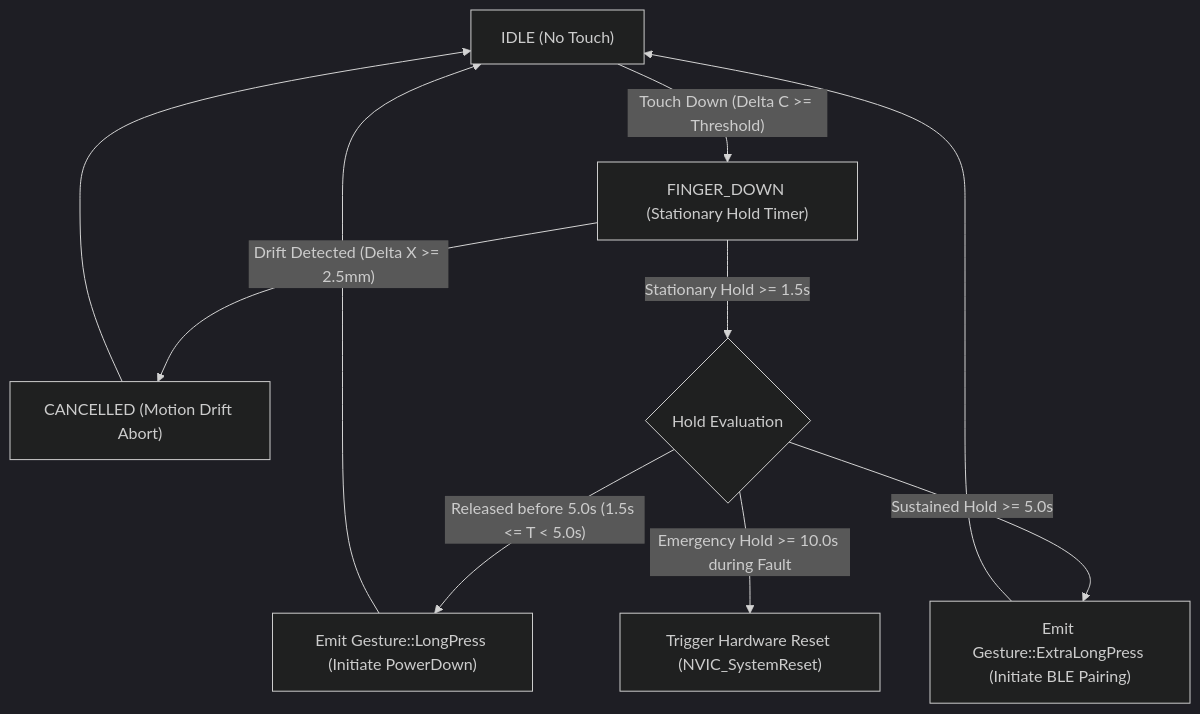
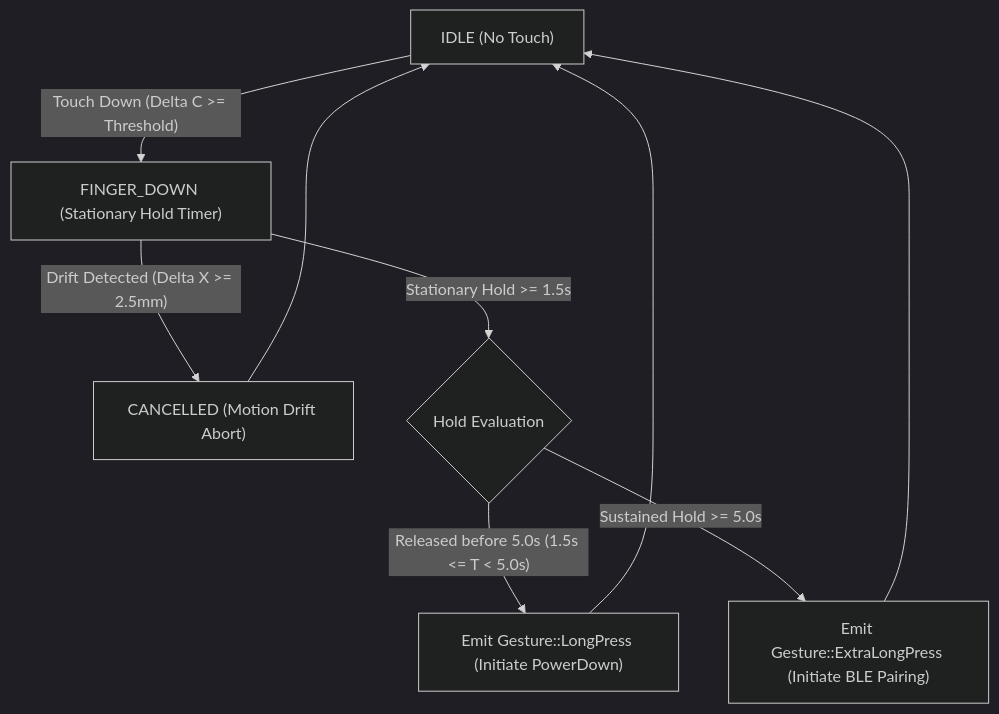
The fifth of 7 diagrams in app/carrier_board.md (picklethecat1488-hue/firmware), drawn with Mermaid (dark theme) before and after one commit. The commit also changed other lines of this file and 12 other files, not shown here.

````diff
--- a/app/carrier_board.md
+++ b/app/carrier_board.md
@@ -952,12 +963,11 @@
 ```mermaid
 flowchart TD
     IDLE_PRESS["IDLE (No Touch)"] -->|"Touch Down (Delta C >= Threshold)"| FINGER_DOWN_PRESS["FINGER_DOWN (Stationary Hold Timer)"]
     FINGER_DOWN_PRESS -->|"Drift Detected (Delta X >= 2.5mm)"| CANCELLED_PRESS["CANCELLED (Motion Drift Abort)"]
     FINGER_DOWN_PRESS -->|"Stationary Hold >= 1.5s"| EVAL_HOLD{"Hold Evaluation"}
     EVAL_HOLD -->|"Released before 5.0s (1.5s <= T < 5.0s)"| EMIT_LONG["Emit Gesture::LongPress (Initiate PowerDown)"]
     EVAL_HOLD -->|"Sustained Hold >= 5.0s"| EMIT_EXTRA["Emit Gesture::ExtraLongPress (Initiate BLE Pairing)"]
-    EVAL_HOLD -->|"Emergency Hold >= 10.0s during Fault"| HARD_REBOOT["Trigger Hardware Reset (NVIC_SystemReset)"]
     EMIT_LONG --> IDLE_PRESS
     EMIT_EXTRA --> IDLE_PRESS
     CANCELLED_PRESS --> IDLE_PRESS
 ```
````
